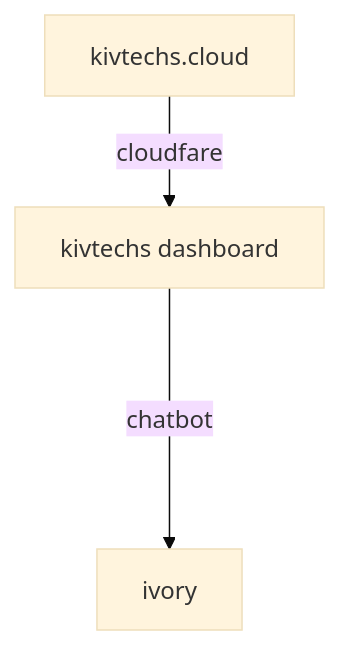
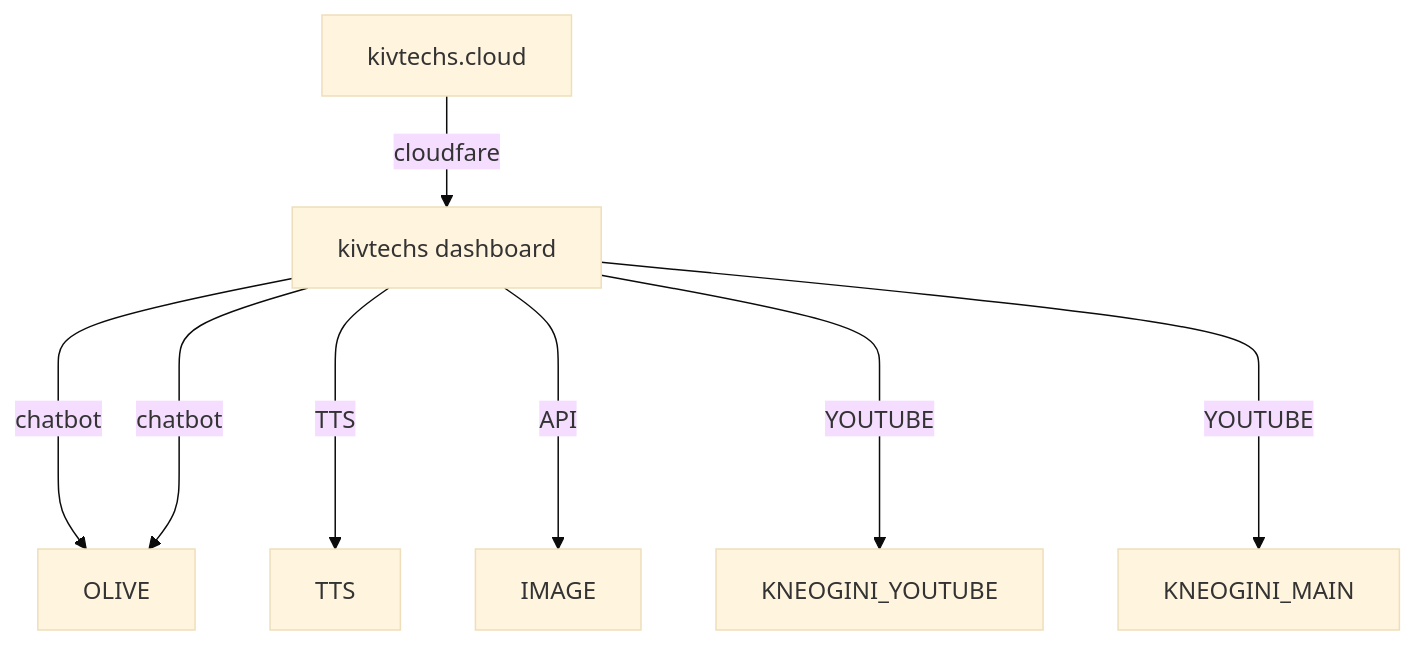
One commit to kivtechs-uml/kivtechs-uml changed the second of 2 diagrams in README.md. Above: the diagram before and after it, drawn with Mermaid (base theme).

````diff
--- a/README.md
+++ b/README.md
@@ -22,9 +22,14 @@
 ```mermaid
 flowchart TD
     A[kivtechs.cloud] -->|cloudfare| B(kivtechs dashboard)
-    B[kivtechs dashboard] ----> |chatbot| E[ivory]
+    B[kivtechs dashboard] ----> |chatbot| C[IVORY]
+    B[kivtechs dashboard] ----> |chatbot| C[OLIVE]
+    B[kivtechs dashboard] ----> |TTS| D[TTS]
+    B[kivtechs dashboard] ----> |API| E[IMAGE]
+ B[kivtechs dashboard] ----> |YOUTUBE| F[KNEOGINI_YOUTUBE]
+B[kivtechs dashboard] ----> |YOUTUBE| G[KNEOGINI_MAIN]
 
 
 
 
 ```
````
